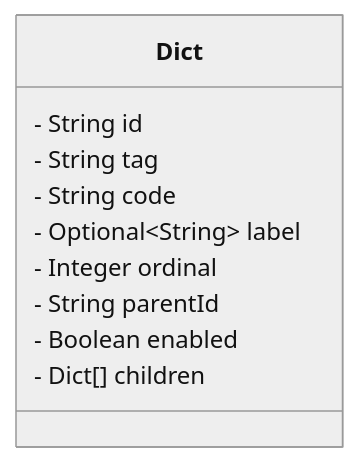
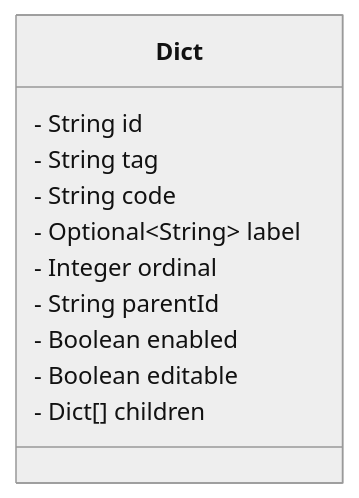
Before and after one commit to xezzon/zeroweb-spring: the second of 3 diagrams in geom-service/geom-service-admin/src/main/java/io/github/xezzon/geom/dict/README.md, drawn with Mermaid (neutral theme). The commit also changed other lines of this file and 1 other file, not shown here.

````diff
--- a/geom-service/geom-service-admin/src/main/java/io/github/xezzon/geom/dict/README.md
+++ b/geom-service/geom-service-admin/src/main/java/io/github/xezzon/geom/dict/README.md
@@ -21,13 +23,14 @@
 ```mermaid
 classDiagram
   class Dict {
     - String id
     - String tag
     - String code
     - Optional~String~ label
     - Integer ordinal
     - String parentId
     - Boolean enabled
+    - Boolean editable
     - Dict[] children
   }
 ```
````
